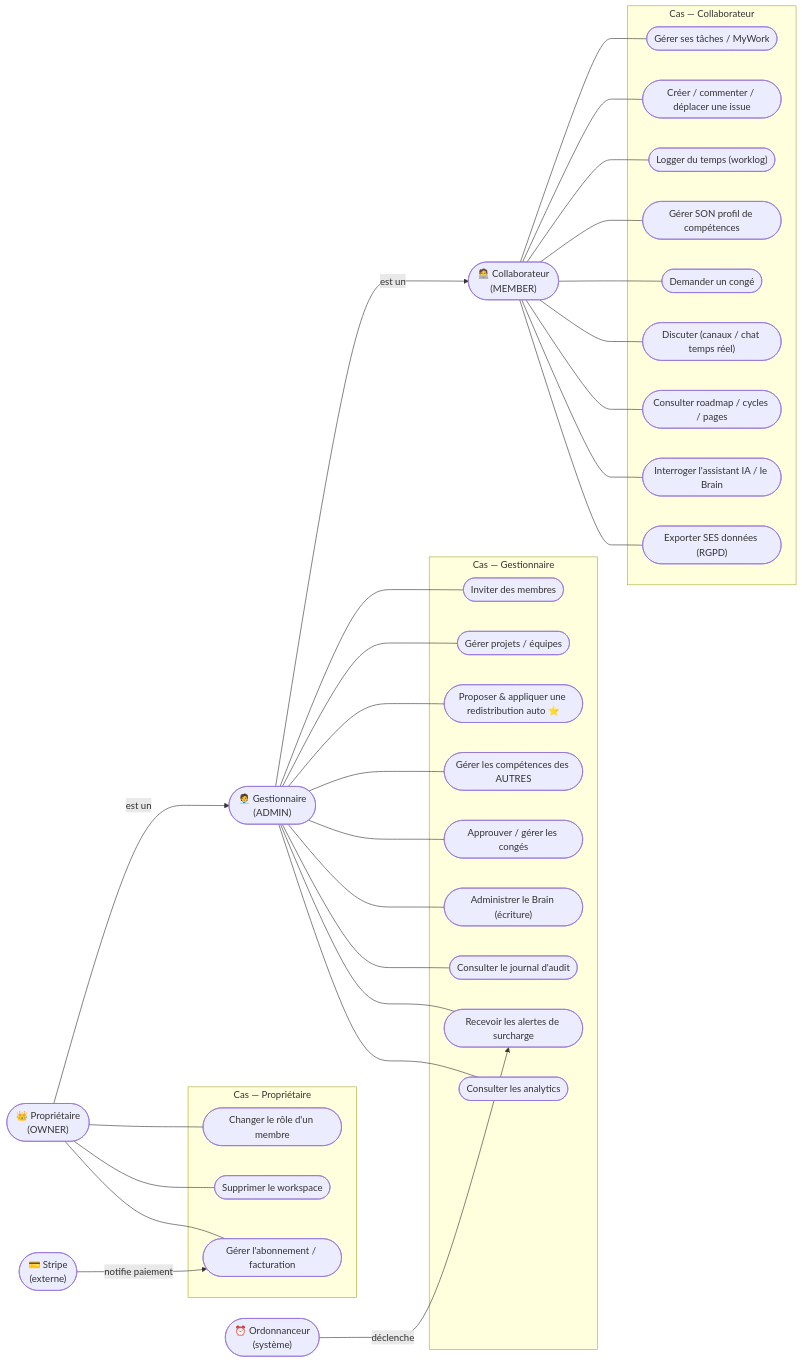
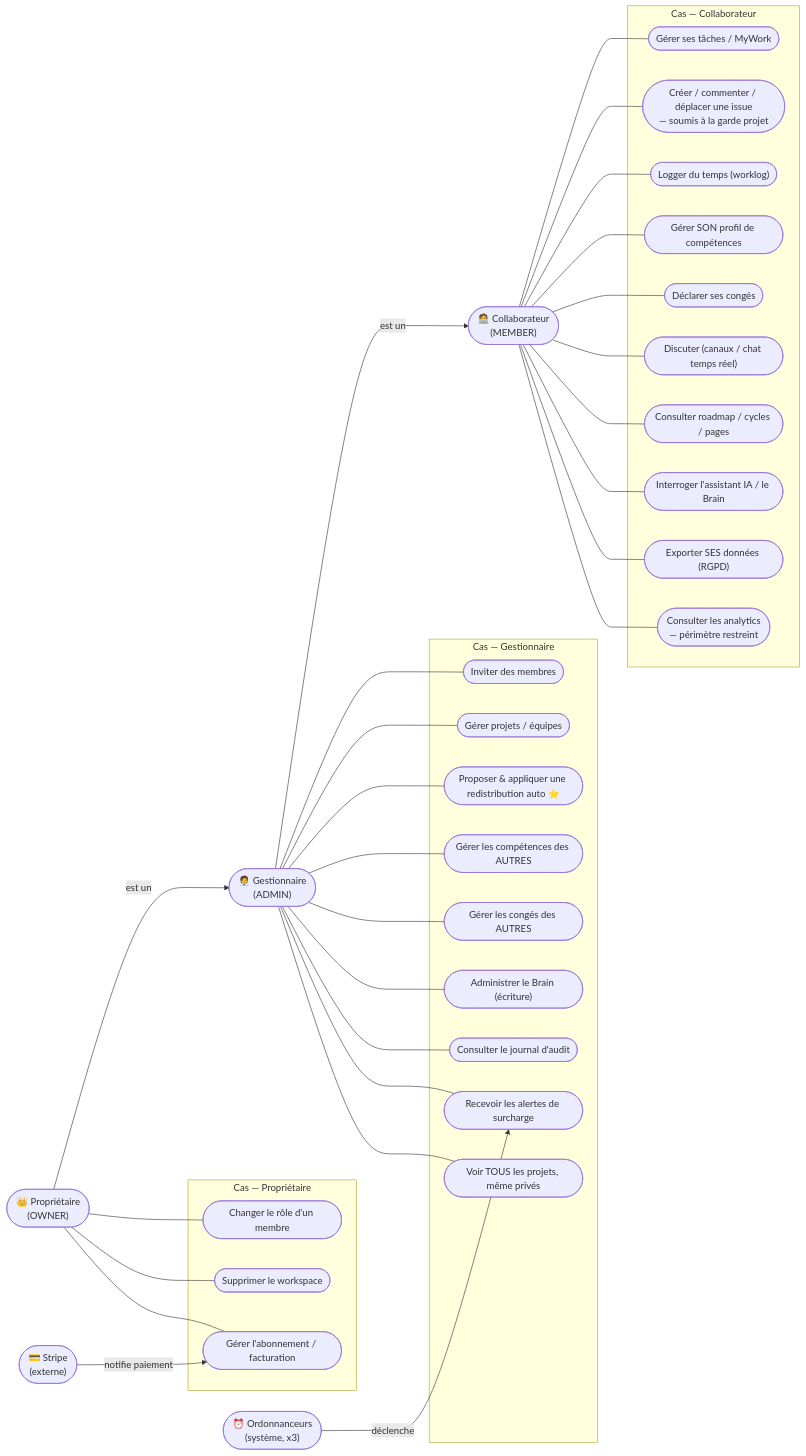
Before and after one commit to taskforce-project/taskforce-docs: the first of 2 diagrams in v1/03-architecture/Diagramme_Cas_Usage_UML.md, drawn with Mermaid. The commit also changed other lines of this file and 1 other file, not shown here.

First line of the commit message:
feat(architecture): update UML use case diagram for v2.0

````diff
--- a/v1/03-architecture/Diagramme_Cas_Usage_UML.md
+++ b/v1/03-architecture/Diagramme_Cas_Usage_UML.md
@@ -50,48 +90,49 @@
 ```mermaid
 flowchart LR
   OWNER(["👑 Propriétaire<br/>(OWNER)"])
   ADMIN(["🧑‍💼 Gestionnaire<br/>(ADMIN)"])
   MEMBER(["🧑‍💻 Collaborateur<br/>(MEMBER)"])
   STRIPE(["💳 Stripe<br/>(externe)"])
-  SCHED(["⏰ Ordonnanceur<br/>(système)"])
+  SCHED(["⏰ Ordonnanceurs<br/>(système, x3)"])
 
   OWNER -->|est un| ADMIN
   ADMIN -->|est un| MEMBER
 
   subgraph UC_MEMBER["Cas — Collaborateur"]
     UC1(["Gérer ses tâches / MyWork"])
-    UC2(["Créer / commenter / déplacer une issue"])
+    UC2(["Créer / commenter / déplacer une issue<br/>— soumis à la garde projet"])
     UC3(["Logger du temps (worklog)"])
     UC4(["Gérer SON profil de compétences"])
-    UC5(["Demander un congé"])
+    UC5(["Déclarer ses congés"])
     UC6(["Discuter (canaux / chat temps réel)"])
     UC7(["Consulter roadmap / cycles / pages"])
     UC8(["Interroger l'assistant IA / le Brain"])
     UC9(["Exporter SES données (RGPD)"])
+    UC10(["Consulter les analytics<br/>— périmètre restreint"])
   end
 
   subgraph UC_ADMIN["Cas — Gestionnaire"]
     UM1(["Inviter des membres"])
     UM2(["Gérer projets / équipes"])
     UM3(["Proposer & appliquer une redistribution auto ⭐"])
     UM4(["Gérer les compétences des AUTRES"])
-    UM5(["Approuver / gérer les congés"])
+    UM5(["Gérer les congés des AUTRES"])
     UM6(["Administrer le Brain (écriture)"])
     UM7(["Consulter le journal d'audit"])
     UM8(["Recevoir les alertes de surcharge"])
-    UM9(["Consulter les analytics"])
+    UM9(["Voir TOUS les projets, même privés"])
   end
 
   subgraph UC_OWNER["Cas — Propriétaire"]
     UO1(["Changer le rôle d'un membre"])
     UO2(["Supprimer le workspace"])
     UO3(["Gérer l'abonnement / facturation"])
   end
 
-  MEMBER --- UC1 & UC2 & UC3 & UC4 & UC5 & UC6 & UC7 & UC8 & UC9
+  MEMBER --- UC1 & UC2 & UC3 & UC4 & UC5 & UC6 & UC7 & UC8 & UC9 & UC10
   ADMIN --- UM1 & UM2 & UM3 & UM4 & UM5 & UM6 & UM7 & UM8 & UM9
   OWNER --- UO1 & UO2 & UO3
 
   STRIPE -->|notifie paiement| UO3
   SCHED -->|déclenche| UM8
 ```
````
